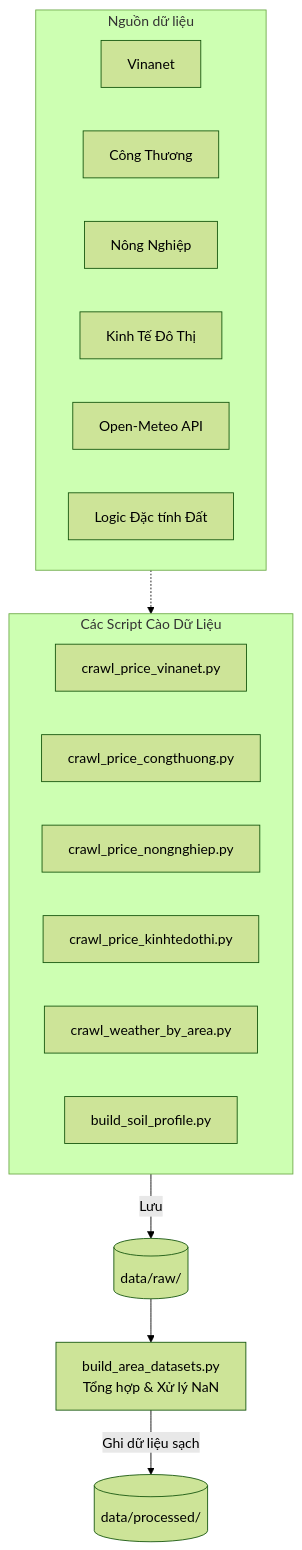
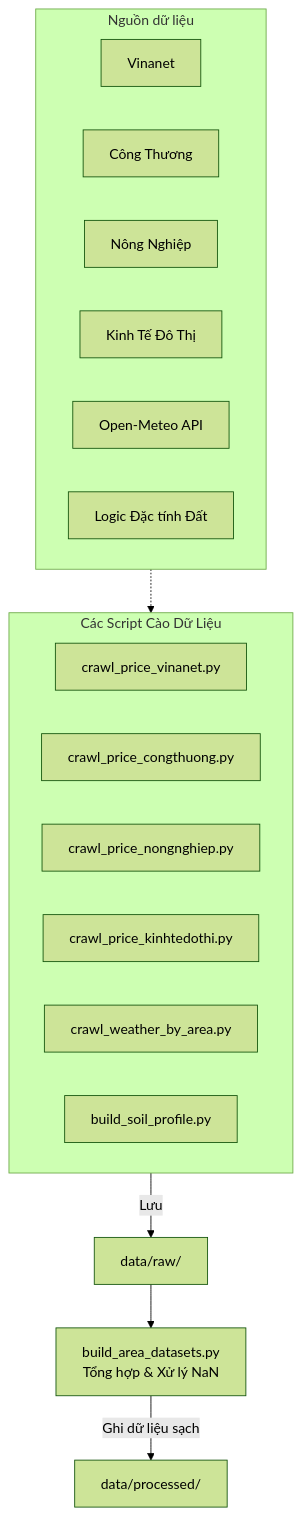
The diagram in crawler/README.md (uit-25730067-chithanh/AI002-Team22-DT10), drawn with Mermaid (forest theme) before and after one commit. The commit also changed 6 other files, not shown here.

Commit message:
fix: make Mermaid diagrams render on GitHub

````diff
--- a/crawler/README.md
+++ b/crawler/README.md
@@ -14,26 +14,26 @@
 ```mermaid
 flowchart TD
-    subgraph Sources [Nguồn dữ liệu]
-        Vinanet[Vinanet]
-        CongThuong[Công Thương]
-        NongNghiep[Nông Nghiệp]
-        KinhTe[Kinh Tế Đô Thị]
-        OpenMeteo[Open-Meteo API]
-        SoilLogic[Logic Đặc tính Đất]
+    subgraph Sources["Nguồn dữ liệu"]
+        Vinanet["Vinanet"]
+        CongThuong["Công Thương"]
+        NongNghiep["Nông Nghiệp"]
+        KinhTe["Kinh Tế Đô Thị"]
+        OpenMeteo["Open-Meteo API"]
+        SoilLogic["Logic Đặc tính Đất"]
     end
 
-    subgraph Crawlers [Các Script Cào Dữ Liệu]
+    subgraph Crawlers["Các Script Cào Dữ Liệu"]
         crawl_price_vinanet.py
         crawl_price_congthuong.py
         crawl_price_nongnghiep.py
         crawl_price_kinhtedothi.py
-        crawl_weather[crawl_weather_by_area.py]
-        build_soil[build_soil_profile.py]
+        crawl_weather["crawl_weather_by_area.py"]
+        build_soil["build_soil_profile.py"]
     end
 
     Sources -.-> Crawlers
-    Crawlers -->|Lưu| RawCSV[(data/raw/)]
+    Crawlers -->|Lưu| RawCSV["data/raw/"]
     
-    RawCSV --> Builder[build_area_datasets.py\nTổng hợp & Xử lý NaN]
-    Builder -->|Ghi dữ liệu sạch| ProcessedCSV[(data/processed/)]
+    RawCSV --> Builder["build_area_datasets.py<br/>Tổng hợp & Xử lý NaN"]
+    Builder -->|Ghi dữ liệu sạch| ProcessedCSV["data/processed/"]
 ```
````
